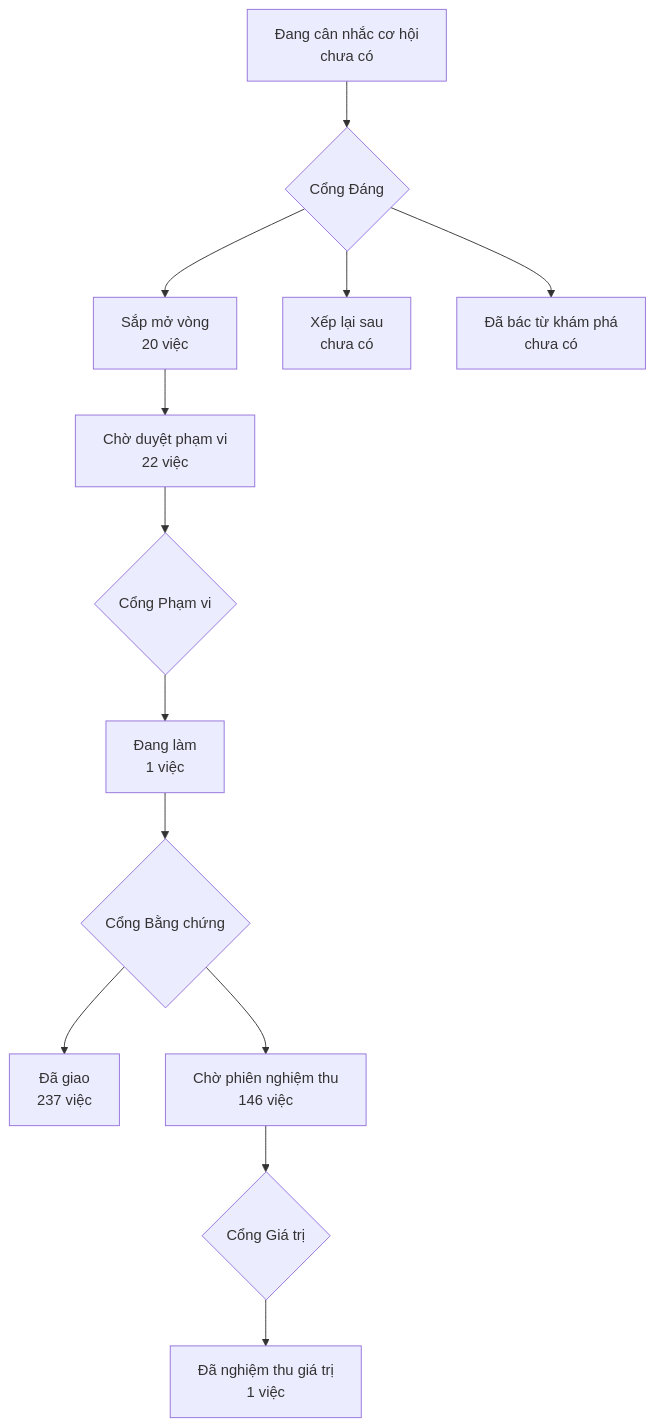
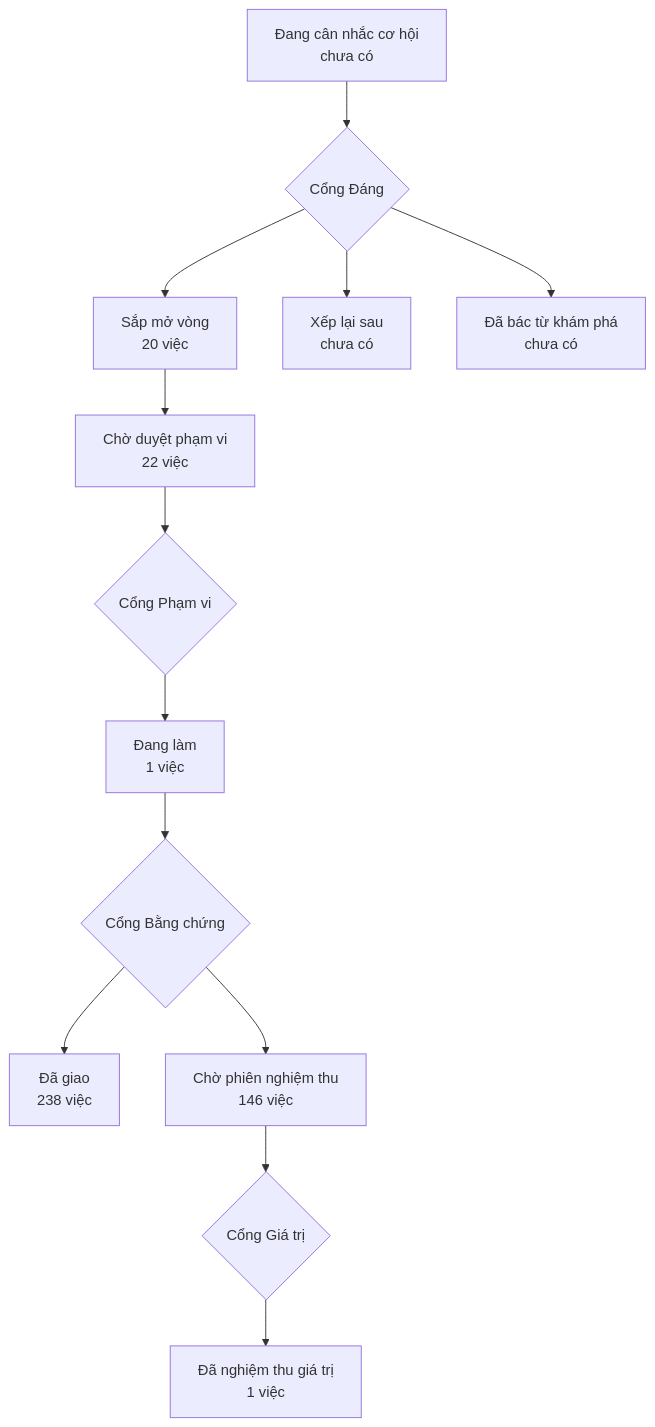
The diagram in PRODUCT-MAP.md (phanlemanh/onehub-invest), drawn with Mermaid before and after one commit. The commit also changed other lines of this file and 1 other file, not shown here.

Commit message:
chore(sync-cloud-che-ten-nguon-moi-cot): sinh lại PRODUCT-MAP, LO-TRINH sau gộp main facd418dc

````diff
--- a/PRODUCT-MAP.md
+++ b/PRODUCT-MAP.md
@@ -7,12 +7,12 @@
 ```mermaid
 flowchart TD
   A["Đang cân nhắc cơ hội<br/>chưa có"] --> GD{"Cổng Đáng"}
   GD --> B["Sắp mở vòng<br/>20 việc"]
   GD --> XL["Xếp lại sau<br/>chưa có"]
   GD --> DB["Đã bác từ khám phá<br/>chưa có"]
   B --> CD["Chờ duyệt phạm vi<br/>22 việc"] --> GP{"Cổng Phạm vi"}
   GP --> DL["Đang làm<br/>1 việc"] --> GB{"Cổng Bằng chứng"}
-  GB --> DG["Đã giao<br/>237 việc"]
+  GB --> DG["Đã giao<br/>238 việc"]
   GB --> CN["Chờ phiên nghiệm thu<br/>146 việc"] --> GG{"Cổng Giá trị"}
   GG --> NT["Đã nghiệm thu giá trị<br/>1 việc"]
 ```
````
